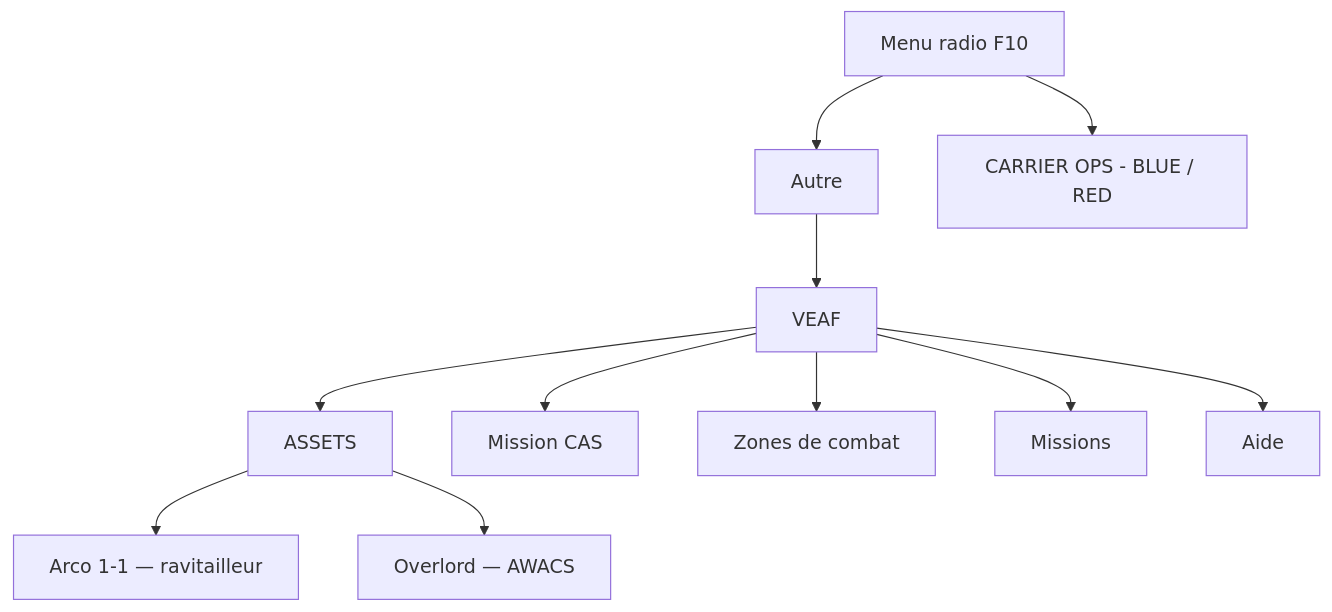
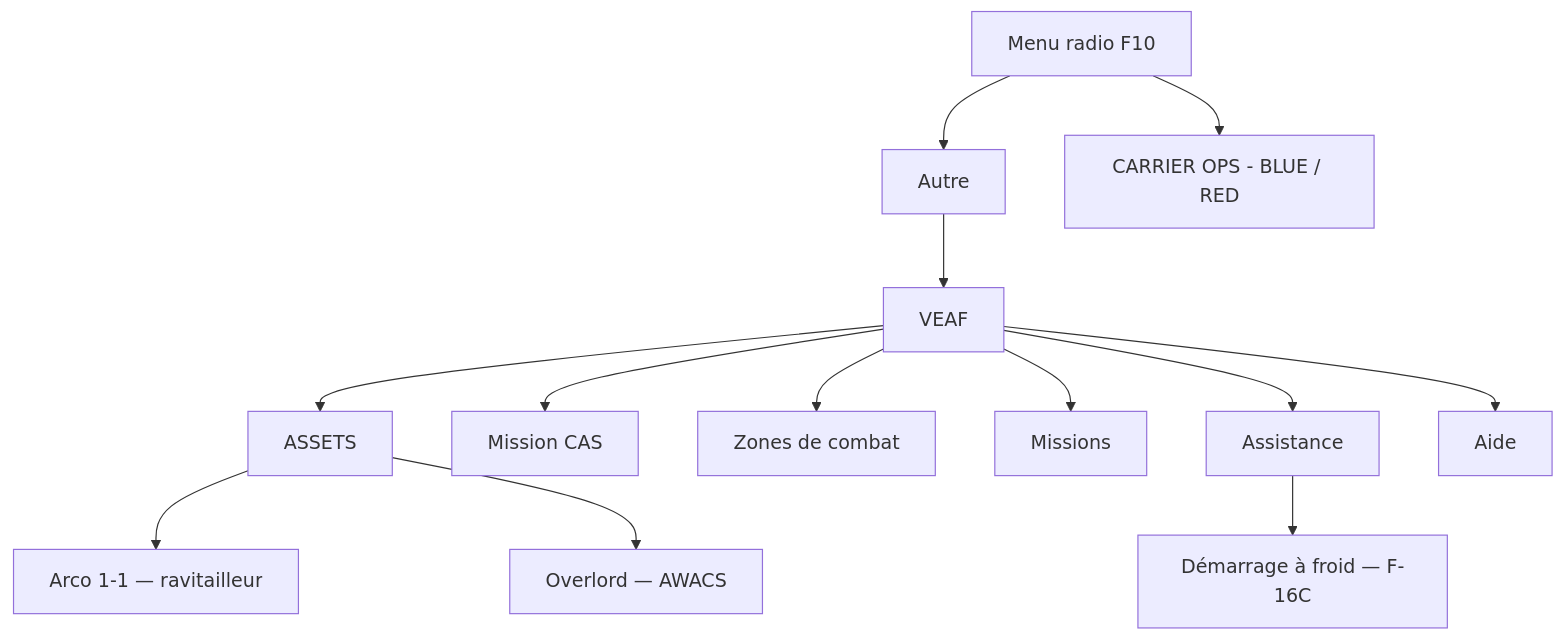
The diagram in doc/pilot/GUIDE.md (VEAF/VEAF-Mission-Creation-Tools), drawn with Mermaid before and after one commit. The commit also changed other lines of this file and 12 other files, not shown here.

````diff
--- a/doc/pilot/GUIDE.md
+++ b/doc/pilot/GUIDE.md
@@ -52,12 +52,14 @@
 ```mermaid
 graph TD
     F10[Menu radio F10] --> Autre[Autre] --> VEAF[VEAF]
     VEAF --> Res[ASSETS]
     VEAF --> CAS[Mission CAS]
     VEAF --> CZ[Zones de combat]
     VEAF --> Miss[Missions]
+    VEAF --> Assist[Assistance]
     VEAF --> Aide[Aide]
+    Assist --> AS1["Démarrage à froid — F-16C"]
     Res --> A1["Arco 1-1 — ravitailleur"]
     Res --> A2["Overlord — AWACS"]
     F10 --> Carrier["CARRIER OPS - BLUE / RED"]
 ```
````
